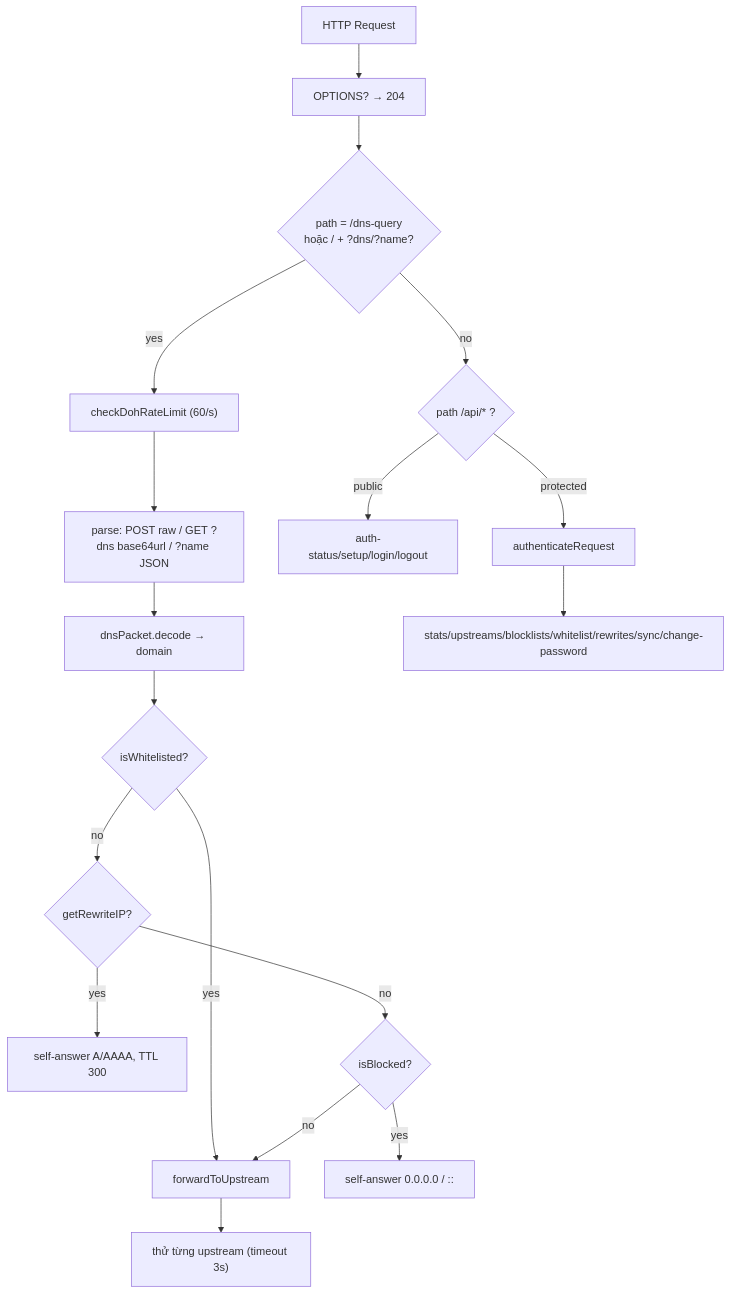
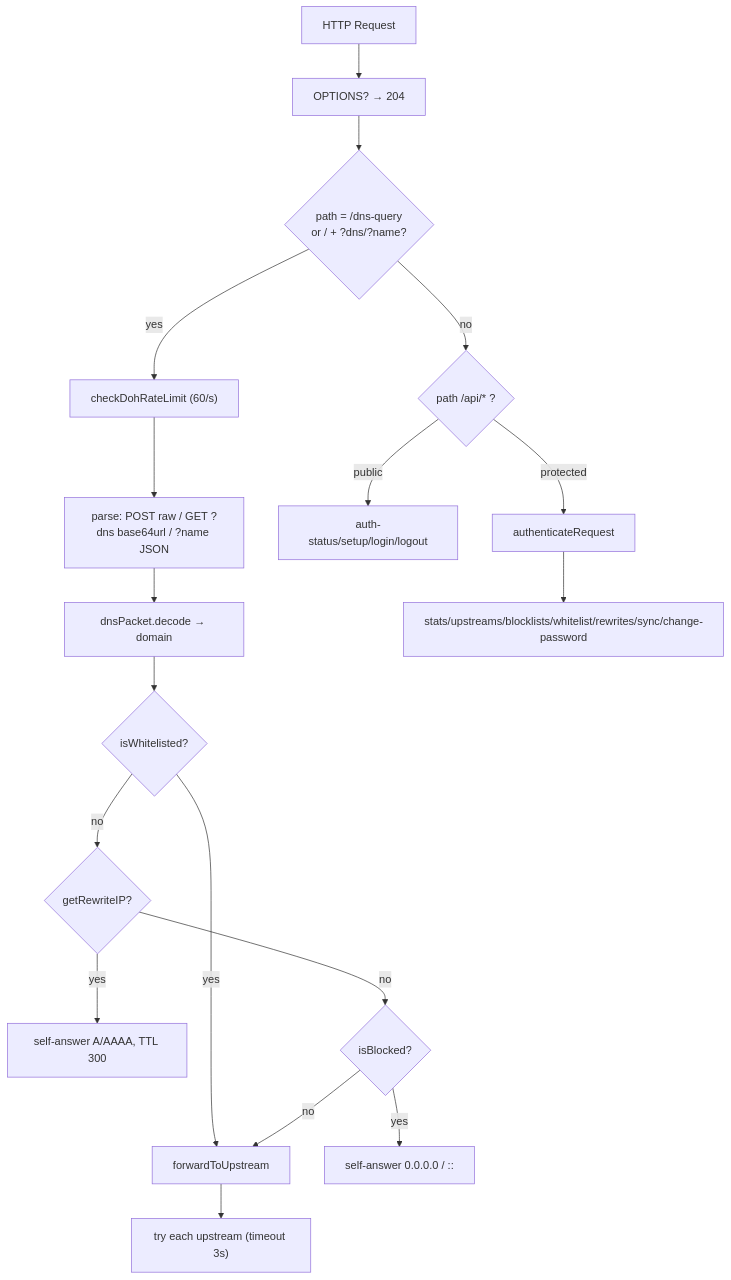
Before and after one commit to annguyen0/deno-dns: the third of 5 diagrams in docs/ARCHITECTURE.md, drawn with Mermaid. The commit also changed other lines of this file and 5 other files, not shown here.

````diff
--- a/docs/ARCHITECTURE.md
+++ b/docs/ARCHITECTURE.md
@@ -87,20 +79,20 @@
 ```mermaid
 flowchart TB
     REQ["HTTP Request"] --> CORS["OPTIONS? → 204"]
-    CORS --> DOH{"path = /dns-query<br/>hoặc / + ?dns/?name?"}
+    CORS --> DOH{"path = /dns-query<br/>or / + ?dns/?name?"}
     DOH -- yes --> D1["checkDohRateLimit (60/s)"]
     D1 --> D2["parse: POST raw / GET ?dns base64url / ?name JSON"]
     D2 --> D3["dnsPacket.decode → domain"]
     D3 --> P1{"isWhitelisted?"}
     P1 -- yes --> FWD["forwardToUpstream"]
     P1 -- no --> P2{"getRewriteIP?"}
     P2 -- yes --> RW["self-answer A/AAAA, TTL 300"]
     P2 -- no --> P3{"isBlocked?"}
     P3 -- yes --> BLK["self-answer 0.0.0.0 / ::"]
     P3 -- no --> FWD
-    FWD --> UP["thử từng upstream (timeout 3s)"]
+    FWD --> UP["try each upstream (timeout 3s)"]
     DOH -- no --> API{"path /api/* ?"}
     API -- public --> AUTH2["auth-status/setup/login/logout"]
     API -- protected --> GATE["authenticateRequest"]
     GATE --> CRUD["stats/upstreams/blocklists/whitelist/rewrites/sync/change-password"]
 ```
````
